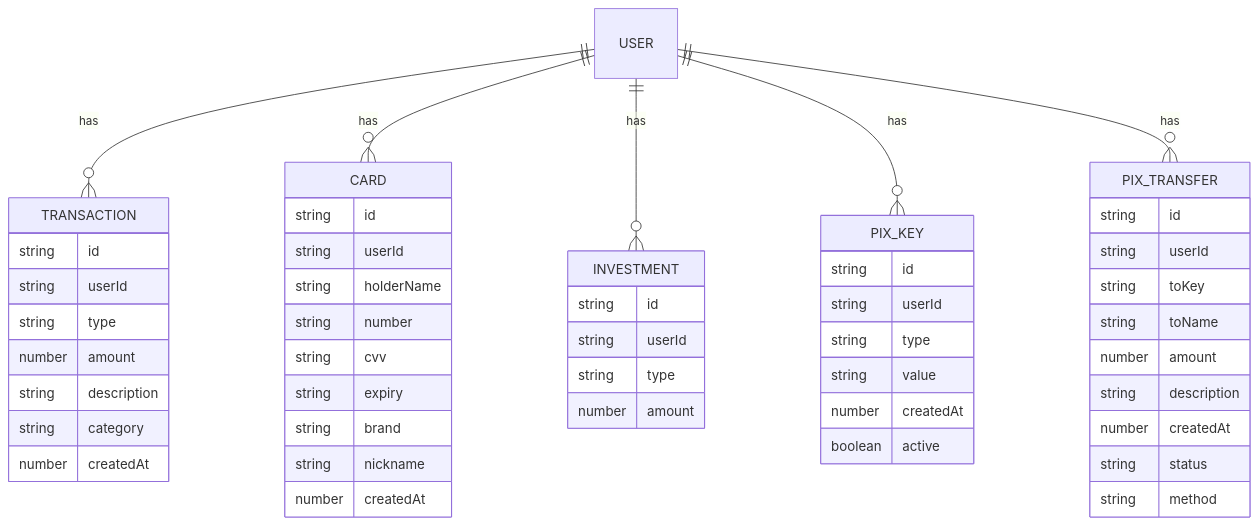
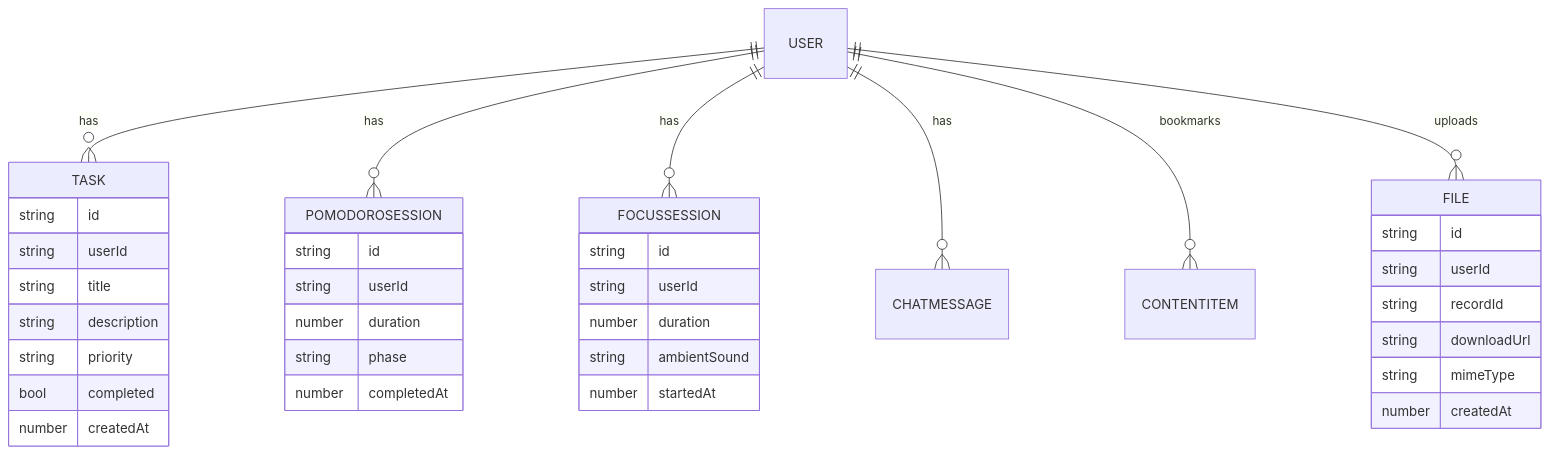
The diagram in src/domain/README.md (Andersonlimahw/fiap-mindease-mobile-app), drawn with Mermaid before and after one commit. The commit also changed other lines of this file and 108 other files, not shown here.

````diff
--- a/src/domain/README.md
+++ b/src/domain/README.md
@@ -30,58 +32,44 @@
 ```mermaid
 erDiagram
-    USER ||--o{ TRANSACTION : has
-    USER ||--o{ CARD : has
-    USER ||--o{ INVESTMENT : has
-    USER ||--o{ PIX_KEY : has
-    USER ||--o{ PIX_TRANSFER : has
+    USER ||--o{ TASK : has
+    USER ||--o{ POMODOROSESSION : has
+    USER ||--o{ FOCUSSESSION : has
+    USER ||--o{ CHATMESSAGE : has
+    USER ||--o{ CONTENTITEM : bookmarks
+    USER ||--o{ FILE : uploads
 
-    TRANSACTION {
+    TASK {
         string id
         string userId
-        string type
-        number amount
+        string title
         string description
-        string category
+        string priority
+        bool completed
         number createdAt
     }
 
-    CARD {
+    POMODOROSESSION {
         string id
         string userId
-        string holderName
-        string number
-        string cvv
-        string expiry
-        string brand
-        string nickname
+        number duration
+        string phase
+        number completedAt
+    }
+
+    FOCUSSESSION {
+        string id
+        string userId
+        number duration
+        string ambientSound
+        number startedAt
+    }
+
+    FILE {
+        string id
+        string userId
+        string recordId
+        string downloadUrl
+        string mimeType
         number createdAt
     }
-
-    INVESTMENT {
-        string id
-        string userId
-        string type
-        number amount
-    }
-
-    PIX_KEY {
-        string id
-        string userId
-        string type
-        string value
-        number createdAt
-        boolean active
-    }
-
-    PIX_TRANSFER {
-        string id
-        string userId
-        string toKey
-        string toName
-        number amount
-        string description
-        number createdAt
-        string status
-        string method
-    }
 ```
````
